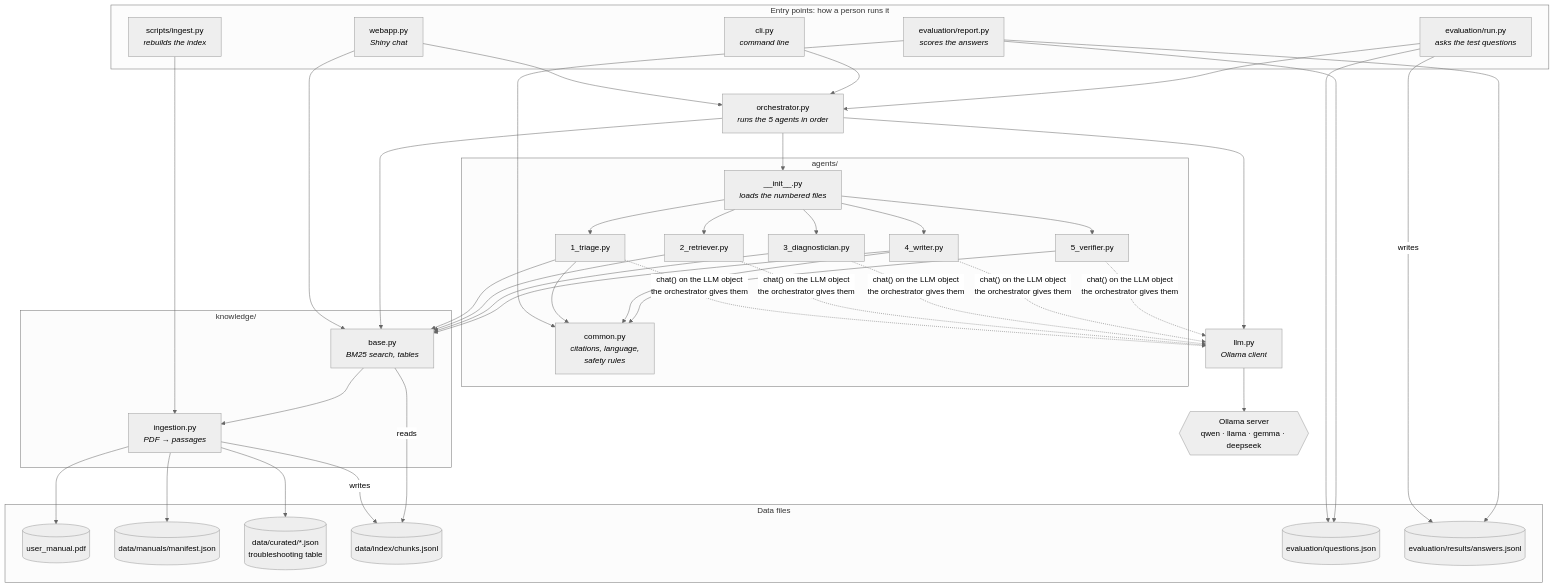
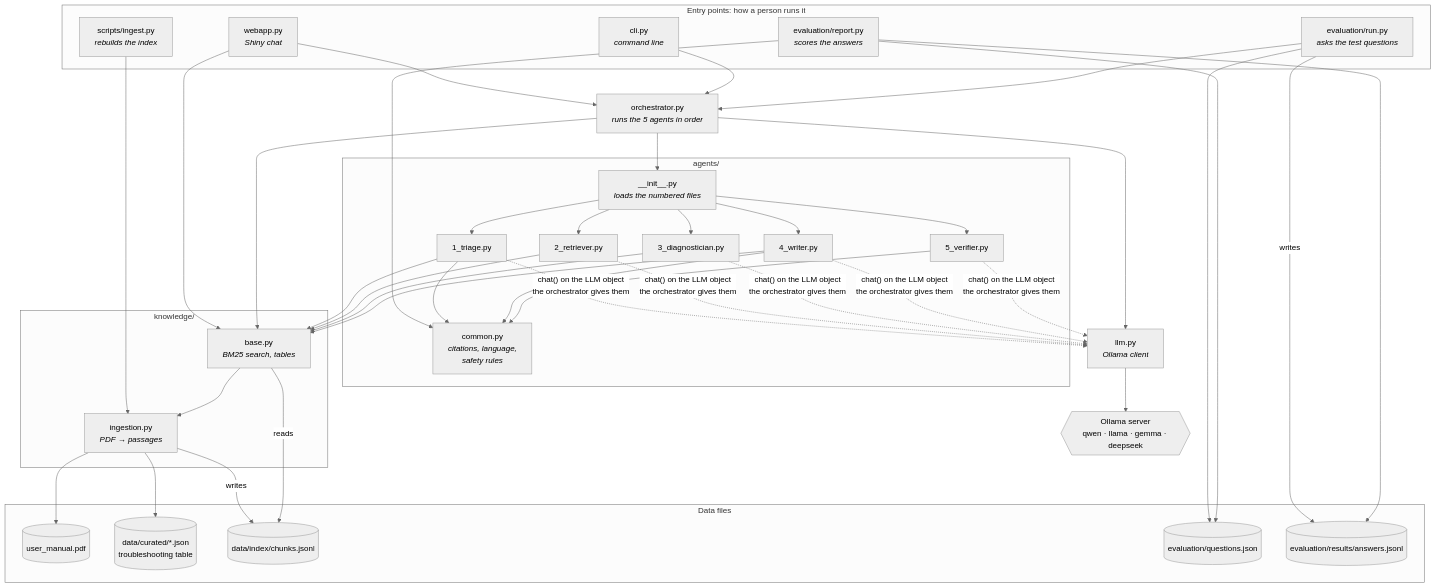
Before and after one commit to joanvaquer/fluidra: the first of 2 diagrams in docs/MODULES.md, drawn with Mermaid (neutral theme). The commit also changed other lines of this file and 7 other files, not shown here.

````diff
--- a/docs/MODULES.md
+++ b/docs/MODULES.md
@@ -12,69 +12,68 @@
 ```mermaid
 flowchart TD
     subgraph entry["Entry points: how a person runs it"]
         WEB["webapp.py<br/><i>Shiny chat</i>"]
         CLI["cli.py<br/><i>command line</i>"]
         RUN["evaluation/run.py<br/><i>asks the test questions</i>"]
         REP["evaluation/report.py<br/><i>scores the answers</i>"]
         ING["scripts/ingest.py<br/><i>rebuilds the index</i>"]
     end
 
     ORCH["orchestrator.py<br/><i>runs the 5 agents in order</i>"]
 
     subgraph agents["agents/"]
         INIT["__init__.py<br/><i>loads the numbered files</i>"]
         A1["1_triage.py"]
         A2["2_retriever.py"]
         A3["3_diagnostician.py"]
         A4["4_writer.py"]
         A5["5_verifier.py"]
         COM["common.py<br/><i>citations, language,<br/>safety rules</i>"]
     end
 
     subgraph knowledge["knowledge/"]
         BASE["base.py<br/><i>BM25 search, tables</i>"]
         INGM["ingestion.py<br/><i>PDF → passages</i>"]
     end
 
     LLM["llm.py<br/><i>Ollama client</i>"]
 
     subgraph data["Data files"]
         PDF[("user_manual.pdf")]
-        MAN[("data/manuals/manifest.json")]
         CUR[("data/curated/*.json<br/>troubleshooting table")]
         IDX[("data/index/chunks.jsonl")]
         Q[("evaluation/questions.json")]
         ANS[("evaluation/results/answers.jsonl")]
     end
 
     OLL{{"Ollama server<br/>qwen · llama · gemma · deepseek"}}
 
     WEB --> ORCH
     CLI --> ORCH
     RUN --> ORCH
     WEB --> BASE
     ING --> INGM
     REP --> COM
 
     ORCH --> INIT
     ORCH --> BASE
     ORCH --> LLM
     INIT --> A1 & A2 & A3 & A4 & A5
 
     A1 --> COM
     A4 --> COM
     A5 --> COM
     A1 & A2 & A3 --> BASE
     A4 --> BASE
     A1 & A2 & A3 & A4 & A5 -.->|"chat() on the LLM object<br/>the orchestrator gives them"| LLM
 
     BASE --> INGM
     LLM --> OLL
 
-    INGM --> PDF & MAN & CUR
+    INGM --> PDF & CUR
     INGM -- writes --> IDX
     BASE -- reads --> IDX
     RUN --> Q
     RUN -- writes --> ANS
     REP --> Q & ANS
 ```
````
